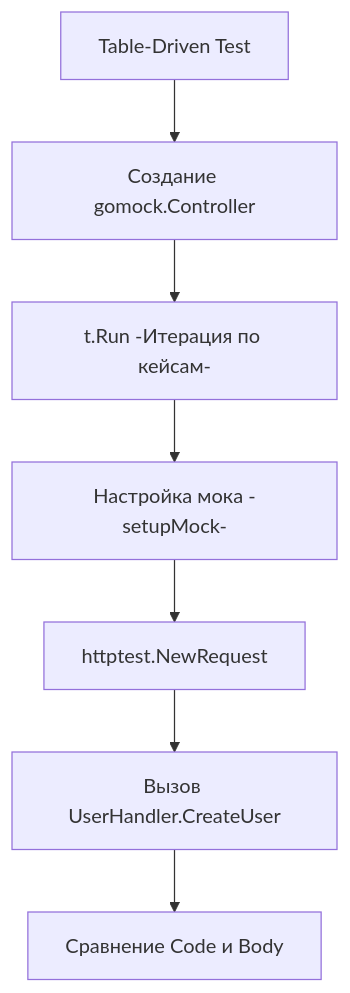
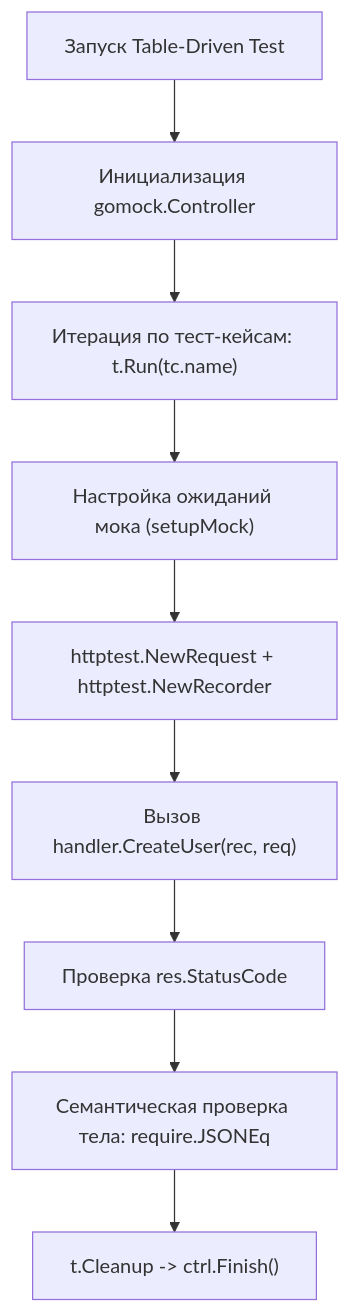
The diagram in sources/15. Тестирование в Go (QA & Testing)/06. HTTP и API тестирование/2. Тестирование handler функций.md (UnrealTemplier/go-textbook), drawn with Mermaid before and after one commit. The commit also changed other lines of this file, not shown here.

Commit message:
feat(module-15): editorial rewrite of lecture 2 (Тестирование handler функций) in Subsection 6 in Kernighan style

````diff
--- a/sources/15. Тестирование в Go (QA & Testing)/06. HTTP и API тестирование/2. Тестирование handler функций.md
+++ b/sources/15. Тестирование в Go (QA & Testing)/06. HTTP и API тестирование/2. Тестирование handler функций.md
@@ -73,9 +95,11 @@
 ```mermaid
 flowchart TD
-    A["Table-Driven Test"] --> B["Создание gomock.Controller"]
-    B --> C["t.Run -Итерация по кейсам-"]
-    C --> D["Настройка мока -setupMock-"]
-    D --> E["httptest.NewRequest"]
-    E --> F["Вызов UserHandler.CreateUser"]
-    F --> G["Сравнение Code и Body"]
+    Start["Запуск Table-Driven Test"] --> InitCtrl["Инициализация gomock.Controller"]
+    InitCtrl --> Loop["Итерация по тест-кейсам: t.Run(tc.name)"]
+    Loop --> MockConf["Настройка ожиданий мока (setupMock)"]
+    MockConf --> CreateReq["httptest.NewRequest + httptest.NewRecorder"]
+    CreateReq --> Execute["Вызов handler.CreateUser(rec, req)"]
+    Execute --> AssertStatus["Проверка res.StatusCode"]
+    AssertStatus --> AssertBody["Семантическая проверка тела: require.JSONEq"]
+    AssertBody --> Finish["t.Cleanup -> ctrl.Finish()"]
 ```
````
